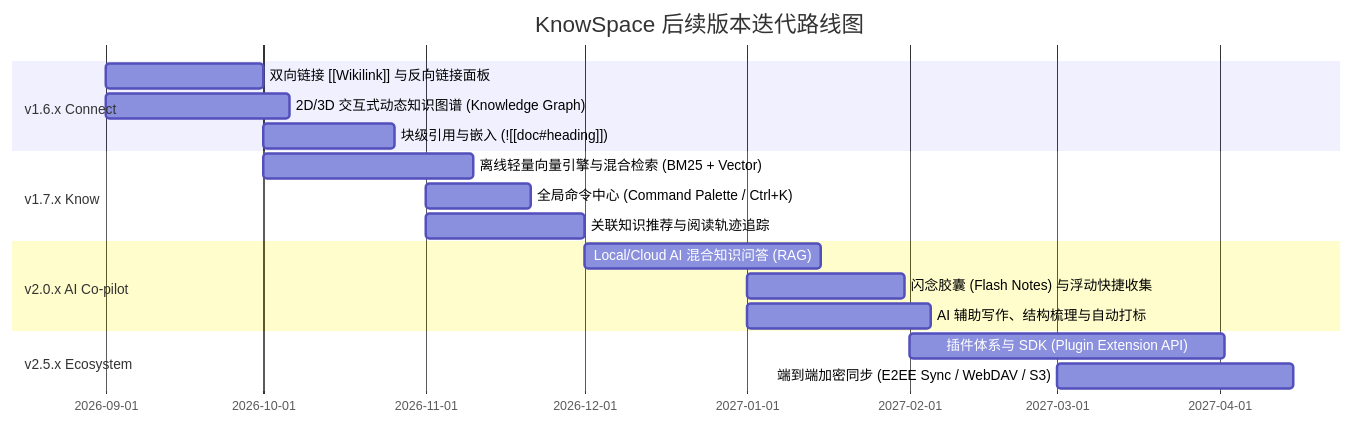
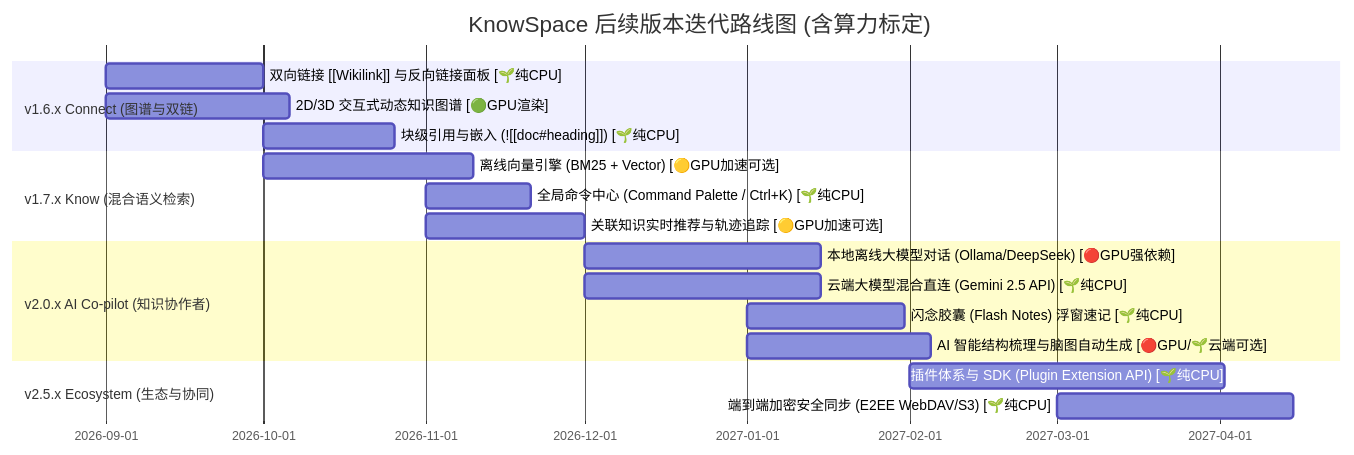
Before and after one commit to chunxvzhang-lab/BookMD-Reader: the diagram in knowspace-netx-work-plan.md, drawn with Mermaid. The commit also changed other lines of this file, not shown here.

Commit message:
docs: annotate GPU compute requirements and hardware matrix in knowspace-netx-work-plan.md

````diff
--- a/knowspace-netx-work-plan.md
+++ b/knowspace-netx-work-plan.md
@@ -28,20 +42,21 @@
 ```mermaid
 gantt
-    title KnowSpace 后续版本迭代路线图
+    title KnowSpace 后续版本迭代路线图 (含算力标定)
     dateFormat  YYYY-MM
-    section v1.6.x Connect
-    双向链接 [[Wikilink]] 与反向链接面板      :2026-09, 30d
-    2D/3D 交互式动态知识图谱 (Knowledge Graph)   :2026-09, 35d
-    块级引用与嵌入 (![[doc#heading]])          :2026-10, 25d
-    section v1.7.x Know
-    离线轻量向量引擎与混合检索 (BM25 + Vector)  :2026-10, 40d
-    全局命令中心 (Command Palette / Ctrl+K)    :2026-11, 20d
-    关联知识推荐与阅读轨迹追踪                  :2026-11, 30d
-    section v2.0.x AI Co-pilot
-    Local/Cloud AI 混合知识问答 (RAG)         :2026-12, 45d
-    闪念胶囊 (Flash Notes) 与浮动快捷收集       :2027-01, 30d
-    AI 辅助写作、结构梳理与自动打标             :2027-01, 35d
-    section v2.5.x Ecosystem
-    插件体系与 SDK (Plugin Extension API)      :2027-02, 60d
-    端到端加密同步 (E2EE Sync / WebDAV / S3)   :2027-03, 45d
+    section v1.6.x Connect (图谱与双链)
+    双向链接 [[Wikilink]] 与反向链接面板 [🌱纯CPU]      :2026-09, 30d
+    2D/3D 交互式动态知识图谱 [🟢GPU渲染]               :2026-09, 35d
+    块级引用与嵌入 (![[doc#heading]]) [🌱纯CPU]         :2026-10, 25d
+    section v1.7.x Know (混合语义检索)
+    离线向量引擎 (BM25 + Vector) [🟡GPU加速可选]       :2026-10, 40d
+    全局命令中心 (Command Palette / Ctrl+K) [🌱纯CPU]  :2026-11, 20d
+    关联知识实时推荐与轨迹追踪 [🟡GPU加速可选]          :2026-11, 30d
+    section v2.0.x AI Co-pilot (知识协作者)
+    本地离线大模型对话 (Ollama/DeepSeek) [🔴GPU强依赖]  :2026-12, 45d
+    云端大模型混合直连 (Gemini 2.5 API) [🌱纯CPU]     :2026-12, 45d
+    闪念胶囊 (Flash Notes) 浮窗速记 [🌱纯CPU]          :2027-01, 30d
+    AI 智能结构梳理与脑图自动生成 [🔴GPU/🌱云端可选]     :2027-01, 35d
+    section v2.5.x Ecosystem (生态与协同)
+    插件体系与 SDK (Plugin Extension API) [🌱纯CPU]    :2027-02, 60d
+    端到端加密安全同步 (E2EE WebDAV/S3) [🌱纯CPU]      :2027-03, 45d
 ```
````
